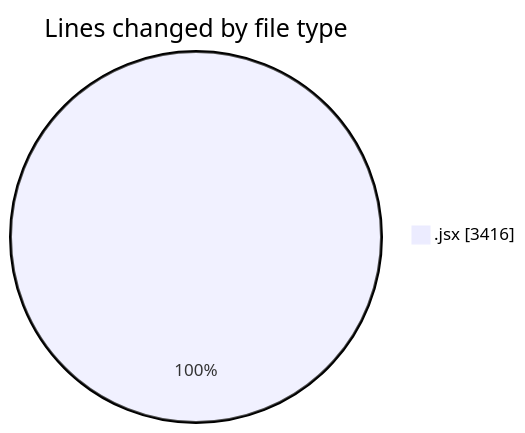
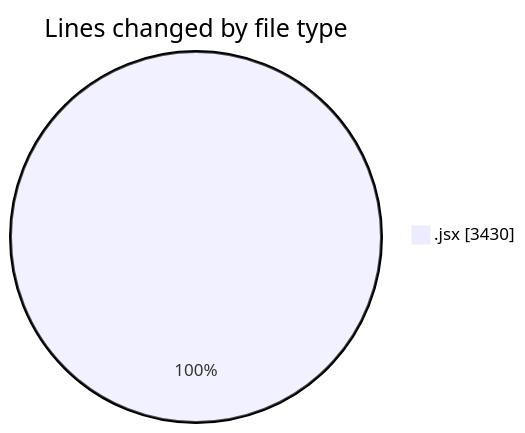
Before and after one commit to nxtqubesakshisongat/code-tracking: the first of 2 diagrams in 2025-09-09/nxtqube_webapp/README.md, drawn with Mermaid. The commit also changed other lines of this file and 1 other file, not shown here.

````diff
--- a/2025-09-09/nxtqube_webapp/README.md
+++ b/2025-09-09/nxtqube_webapp/README.md
@@ -21,5 +21,5 @@
 ```mermaid
 pie showData
 title Lines changed by file type
-".jsx" : 3416
+".jsx" : 3430
 ```
````
